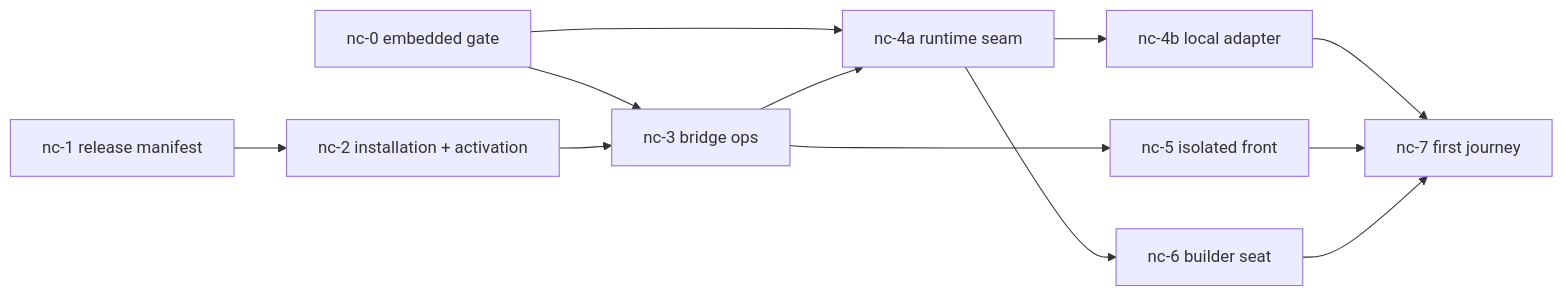
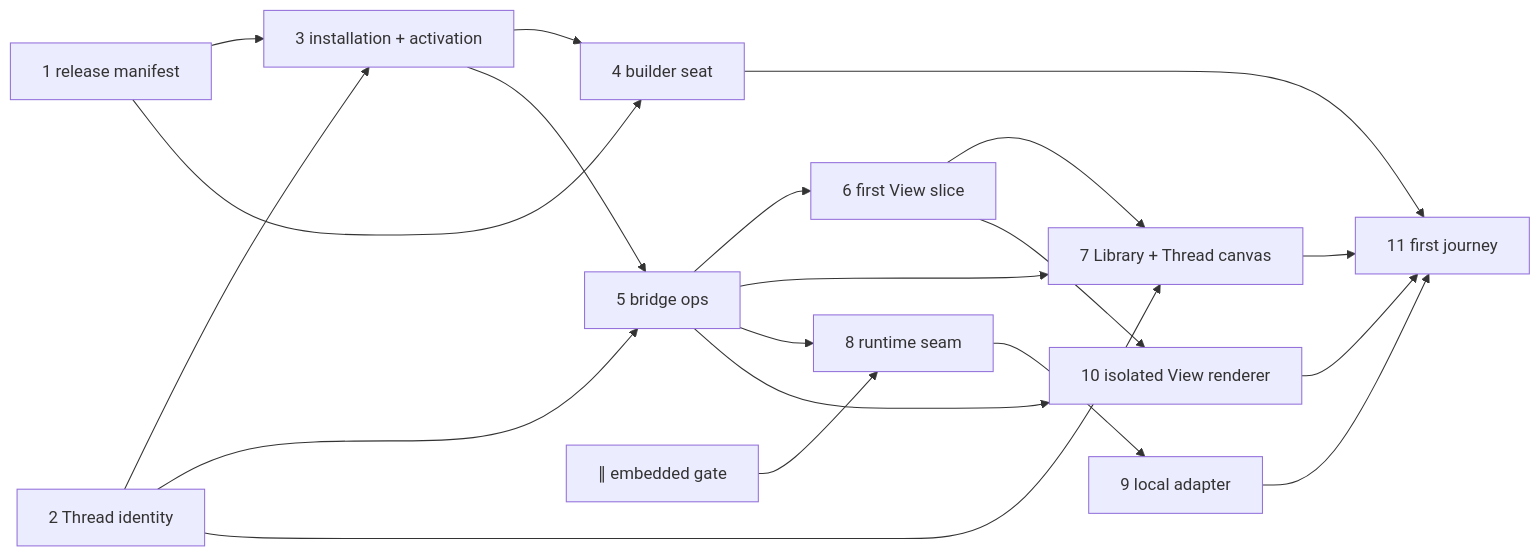
One commit to hachej/boring-ui changed the second of 2 diagrams in docs/issues/1562/show-me-plan.md. Above: the diagram before and after it, drawn with Mermaid. The commit also changed other lines of this file and 7 other files, not shown here.

First line of the commit message:
direction(native-creation): spine-first re-cut — Thread identity, first View slice, Library placement pulled forward

````diff
--- a/docs/issues/1562/show-me-plan.md
+++ b/docs/issues/1562/show-me-plan.md
@@ -39,14 +39,22 @@
 ```mermaid
 graph LR
-  nc0[nc-0 embedded gate] --> nc3[nc-3 bridge ops]
-  nc1[nc-1 release manifest] --> nc2[nc-2 installation + activation]
+  nc1[1 release manifest] --> nc2[3 installation + activation]
+  nct[2 Thread identity] --> nc2
+  nc1 --> nc6[4 builder seat]
+  nc2 --> nc6
+  nct --> nc3[5 bridge ops]
   nc2 --> nc3
-  nc0 --> nc4a[nc-4a runtime seam]
+  nc3 --> ncv[6 first View slice]
+  nct --> ncl[7 Library + Thread canvas]
+  nc3 --> ncl
+  ncv --> ncl
+  nc0[∥ embedded gate] --> nc4a[8 runtime seam]
   nc3 --> nc4a
-  nc4a --> nc4b[nc-4b local adapter]
-  nc3 --> nc5[nc-5 isolated front]
-  nc4a --> nc6[nc-6 builder seat]
-  nc4b --> nc7[nc-7 first journey]
+  nc4a --> nc4b[9 local adapter]
+  nc3 --> nc5[10 isolated View renderer]
+  ncv --> nc5
+  ncl --> nc7[11 first journey]
+  nc6 --> nc7
+  nc4b --> nc7
   nc5 --> nc7
-  nc6 --> nc7
 ```
````
